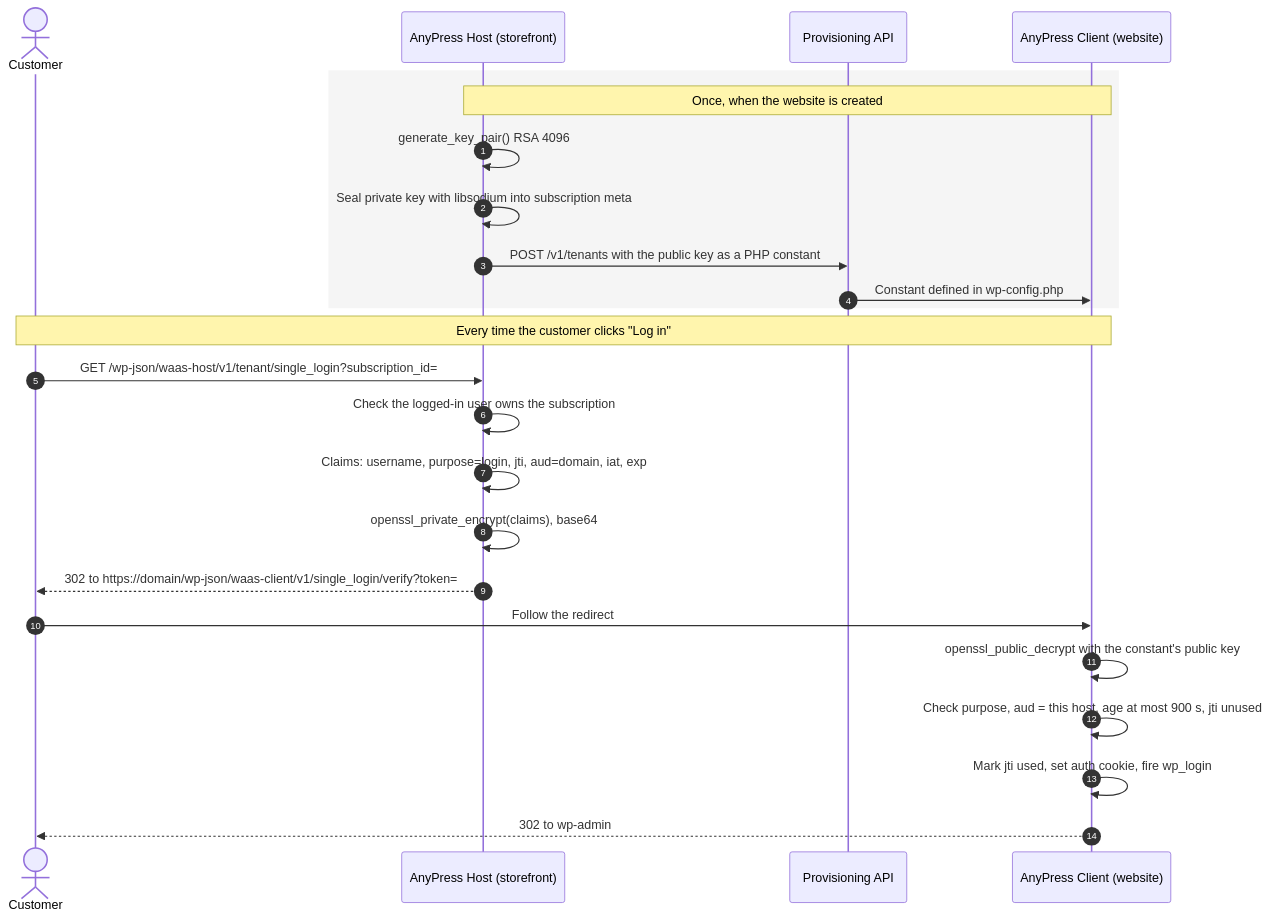
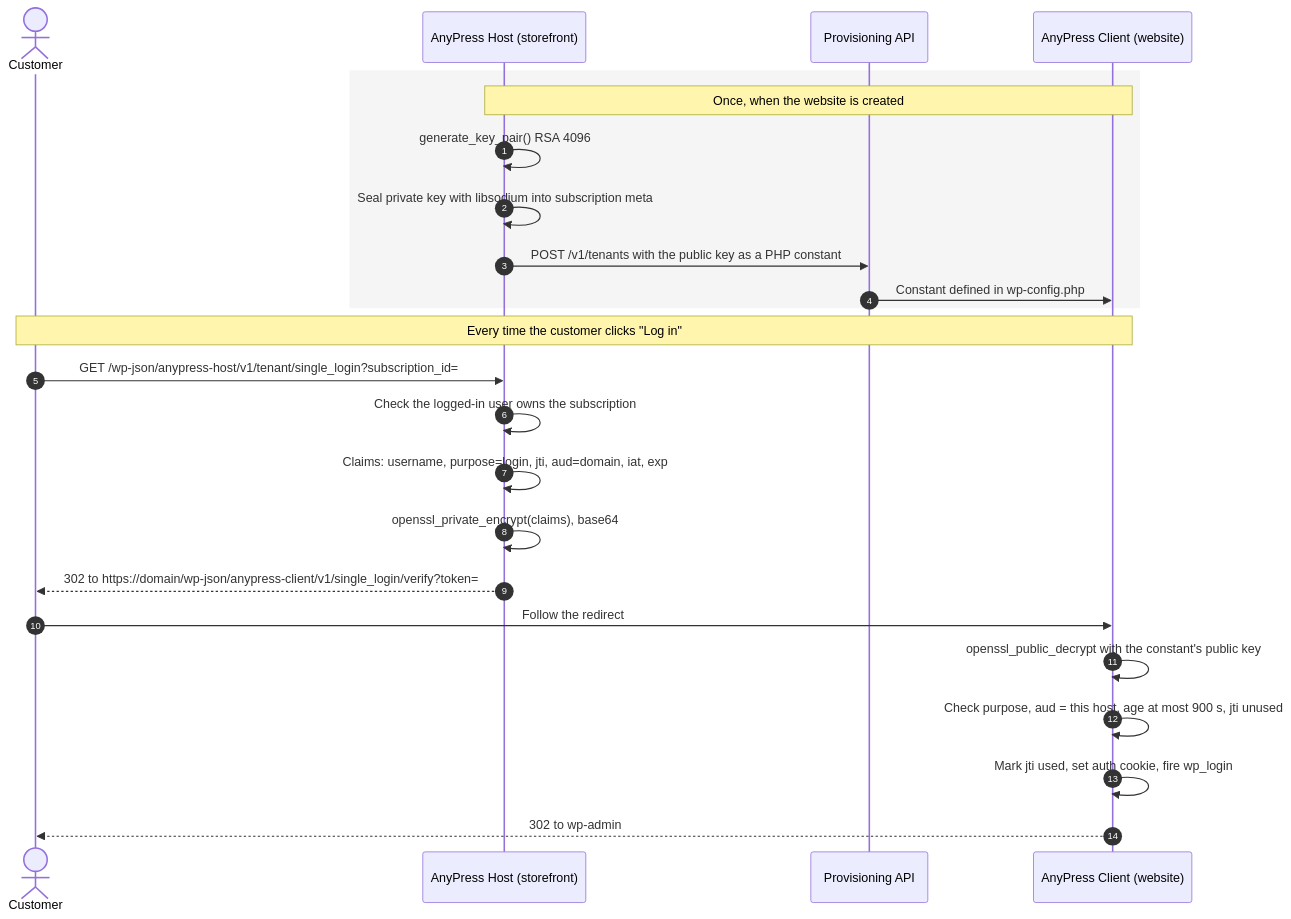
One commit to hamchowderr/waas-plugins changed the third of 5 diagrams in docs/architecture/README.md. Above: the diagram before and after it, drawn with Mermaid. The commit also changed other lines of this file and 645 other files, not shown here.

````diff
--- a/docs/architecture/README.md
+++ b/docs/architecture/README.md
@@ -107,28 +107,28 @@
 ```mermaid
 sequenceDiagram
   autonumber
   actor C as Customer
   participant HOST as AnyPress Host (storefront)
   participant API as Provisioning API
   participant CL as AnyPress Client (website)
 
   rect rgba(127,127,127,0.08)
   Note over HOST,CL: Once, when the website is created
   HOST->>HOST: generate_key_pair() RSA 4096
   HOST->>HOST: Seal private key with libsodium into subscription meta
   HOST->>API: POST /v1/tenants with the public key as a PHP constant
   API->>CL: Constant defined in wp-config.php
   end
 
   Note over C,CL: Every time the customer clicks "Log in"
-  C->>HOST: GET /wp-json/waas-host/v1/tenant/single_login?subscription_id=
+  C->>HOST: GET /wp-json/anypress-host/v1/tenant/single_login?subscription_id=
   HOST->>HOST: Check the logged-in user owns the subscription
   HOST->>HOST: Claims: username, purpose=login, jti, aud=domain, iat, exp
   HOST->>HOST: openssl_private_encrypt(claims), base64
-  HOST-->>C: 302 to https://domain/wp-json/waas-client/v1/single_login/verify?token=
+  HOST-->>C: 302 to https://domain/wp-json/anypress-client/v1/single_login/verify?token=
   C->>CL: Follow the redirect
   CL->>CL: openssl_public_decrypt with the constant's public key
   CL->>CL: Check purpose, aud = this host, age at most 900 s, jti unused
   CL->>CL: Mark jti used, set auth cookie, fire wp_login
   CL-->>C: 302 to wp-admin
 ```
````
